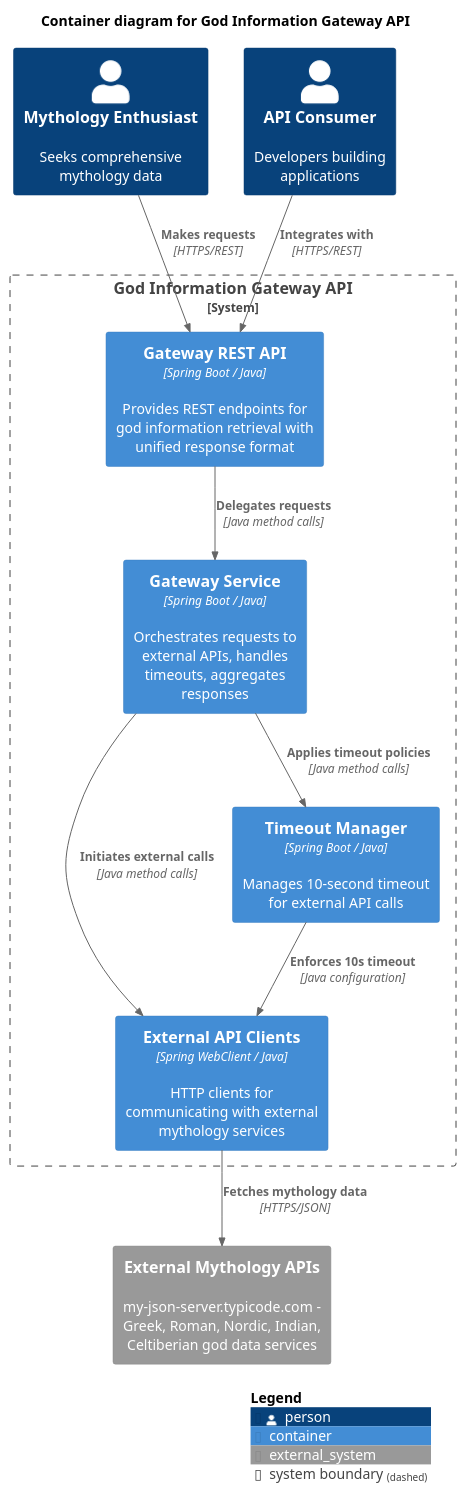
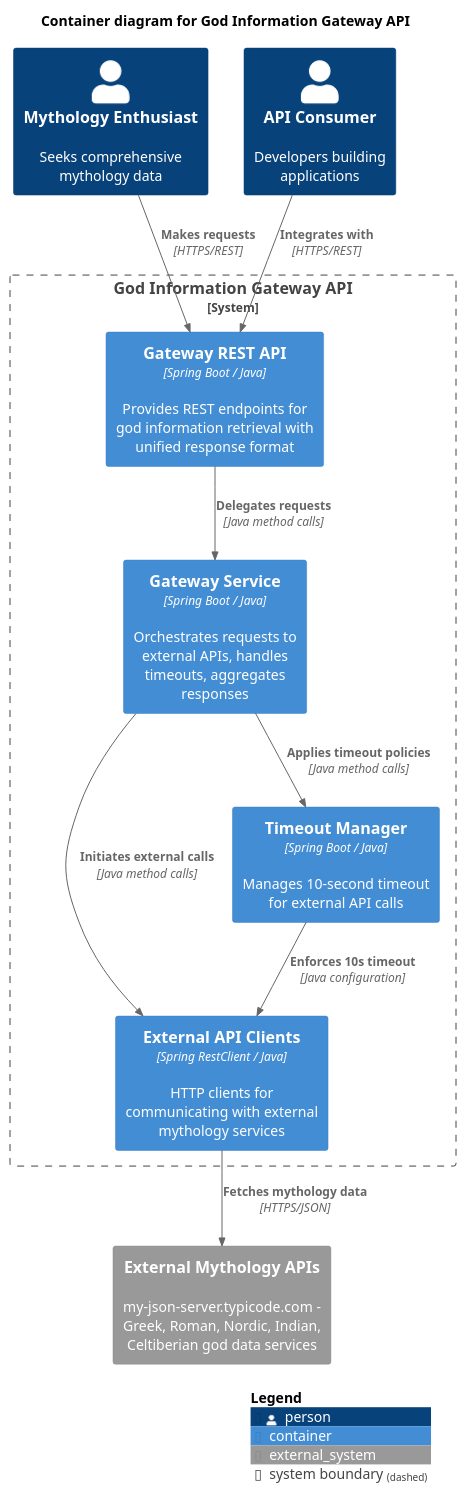
The diagram in examples/problem3/design/GodGateway_Container_original.puml (jabrena/cursor-rules-agile), drawn with PlantUML before and after one commit. The commit also changed 11 other files, not shown here.

```diff
--- a/examples/problem3/design/GodGateway_Container_original.puml
+++ b/examples/problem3/design/GodGateway_Container_original.puml
@@ -1,33 +1,33 @@
 @startuml God Information Gateway API - Container
 !include https://raw.githubusercontent.com/plantuml-stdlib/C4-PlantUML/master/C4_Container.puml
 
 title Container diagram for God Information Gateway API
 
 ' External Actors
 Person(mythologyEnthusiast, "Mythology Enthusiast", "Seeks comprehensive mythology data")
 Person(apiConsumer, "API Consumer", "Developers building applications")
 
 ' External Systems
 System_Ext(externalMythologyApis, "External Mythology APIs", "my-json-server.typicode.com - Greek, Roman, Nordic, Indian, Celtiberian god data services")
 
 ' System Boundary
 System_Boundary(godGatewaySystem, "God Information Gateway API") {
     Container(gatewayApi, "Gateway REST API", "Spring Boot / Java", "Provides REST endpoints for god information retrieval with unified response format")
     Container(gatewayService, "Gateway Service", "Spring Boot / Java", "Orchestrates requests to external APIs, handles timeouts, aggregates responses")
-    Container(externalApiClients, "External API Clients", "Spring WebClient / Java", "HTTP clients for communicating with external mythology services")
+    Container(externalApiClients, "External API Clients", "Spring RestClient / Java", "HTTP clients for communicating with external mythology services")
     Container(timeoutManager, "Timeout Manager", "Spring Boot / Java", "Manages 10-second timeout for external API calls")
 }
 
 ' Relationships
 Rel(mythologyEnthusiast, gatewayApi, "Makes requests", "HTTPS/REST")
 Rel(apiConsumer, gatewayApi, "Integrates with", "HTTPS/REST")
 
 Rel(gatewayApi, gatewayService, "Delegates requests", "Java method calls")
 Rel(gatewayService, externalApiClients, "Initiates external calls", "Java method calls")
 Rel(gatewayService, timeoutManager, "Applies timeout policies", "Java method calls")
 
 Rel(externalApiClients, externalMythologyApis, "Fetches mythology data", "HTTPS/JSON")
 Rel(timeoutManager, externalApiClients, "Enforces 10s timeout", "Java configuration")
 
 SHOW_LEGEND()
 @enduml 
```
